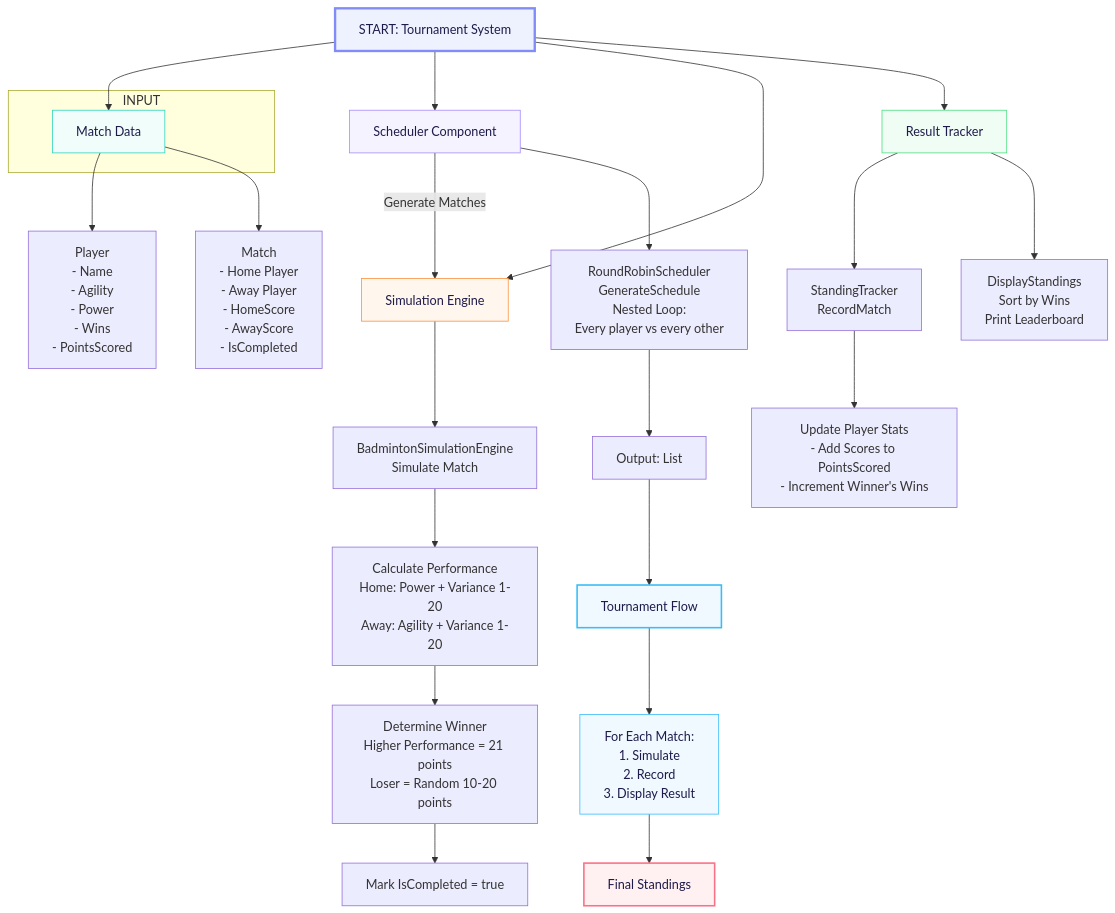
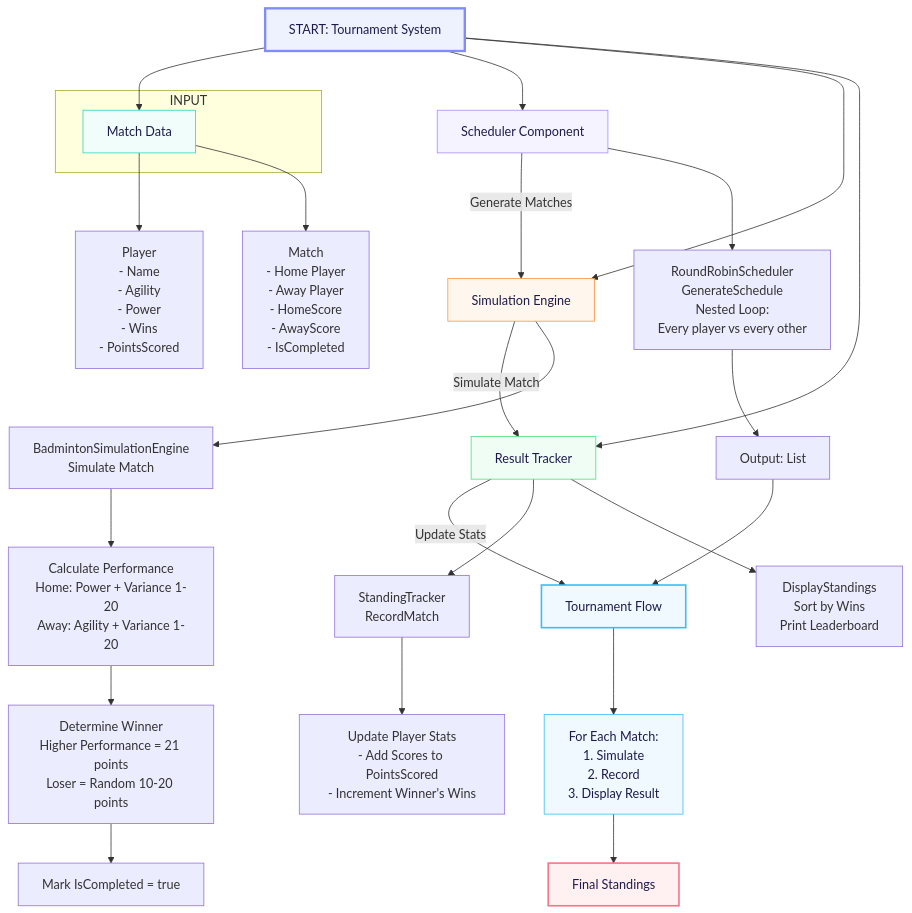
The first of 2 diagrams in README.md (BSCpE-2-Software-Design/Badminton-Tournament-Simulator), drawn with Mermaid before and after one commit.

````diff
--- a/README.md
+++ b/README.md
@@ -2,71 +2,73 @@
 ```mermaid
 ---
 config:
 layout: elk
 ---
 graph TD
 A["Badminton Tournament Simulator"] --> B["Domain Models"]
 A --> C["Scheduler Component"]
 A --> D["Simulation Engine"]
 A --> E["Result Tracker"]
 A[START: Tournament System]
 
 subgraph INPUT
 B[Player Data]
 B[Match Data]
 end
 B --> B1["Player
 - Name
 - Agility
 - Power
 - Wins
 - PointsScored"]
 B --> B2["Match
 - Home Player
 - Away Player
 - HomeScore
 - AwayScore
 - IsCompleted"]
 
 C--Generate Matches--> D
+D--Simulate Match--> E
+E--Update Stats--> F
 C --> C1["RoundRobinScheduler
 GenerateSchedule
 Nested Loop:
 Every player vs every other"]
 C1 --> C2["Output: List<Match>"]
 
 D --> D1["BadmintonSimulationEngine
 Simulate Match"]
 D1 --> D2["Calculate Performance
 Home: Power + Variance 1-20
 Away: Agility + Variance 1-20"]
 D2 --> D3["Determine Winner
 Higher Performance = 21 points
 Loser = Random 10-20 points"]
 D3 --> D4["Mark IsCompleted = true"]
 
 E --> E1["StandingTracker
 RecordMatch"]
 E1 --> E2["Update Player Stats
 - Add Scores to PointsScored
 - Increment Winner's Wins"]
 E --> E3["DisplayStandings
 Sort by Wins
 Print Leaderboard"]
 
 C2 --> F["Tournament Flow"]
 F --> G["For Each Match:
 1. Simulate
 2. Record
 3. Display Result"]
 G --> H["Final Standings"]
 
 style A stroke:#818cf8,fill:#eef2ff,color:#1e1b4b,stroke-width:3px
 style B stroke:#2dd4bf,fill:#f0fdfa,color:#1e1b4b
 style C stroke:#a78bfa,fill:#f5f3ff,color:#1e1b4b
 style D stroke:#fb923c,fill:#fff7ed,color:#1e1b4b
 style E stroke:#4ade80,fill:#f0fdf4,color:#1e1b4b
 style F stroke:#38bdf8,fill:#f0f9ff,color:#1e1b4b,stroke-width:2px
 style G stroke:#38bdf8,fill:#f0f9ff,color:#1e1b4b
 style H stroke:#fb7185,fill:#fff1f2,color:#1e1b4b,stroke-width:2px
 ```
````
